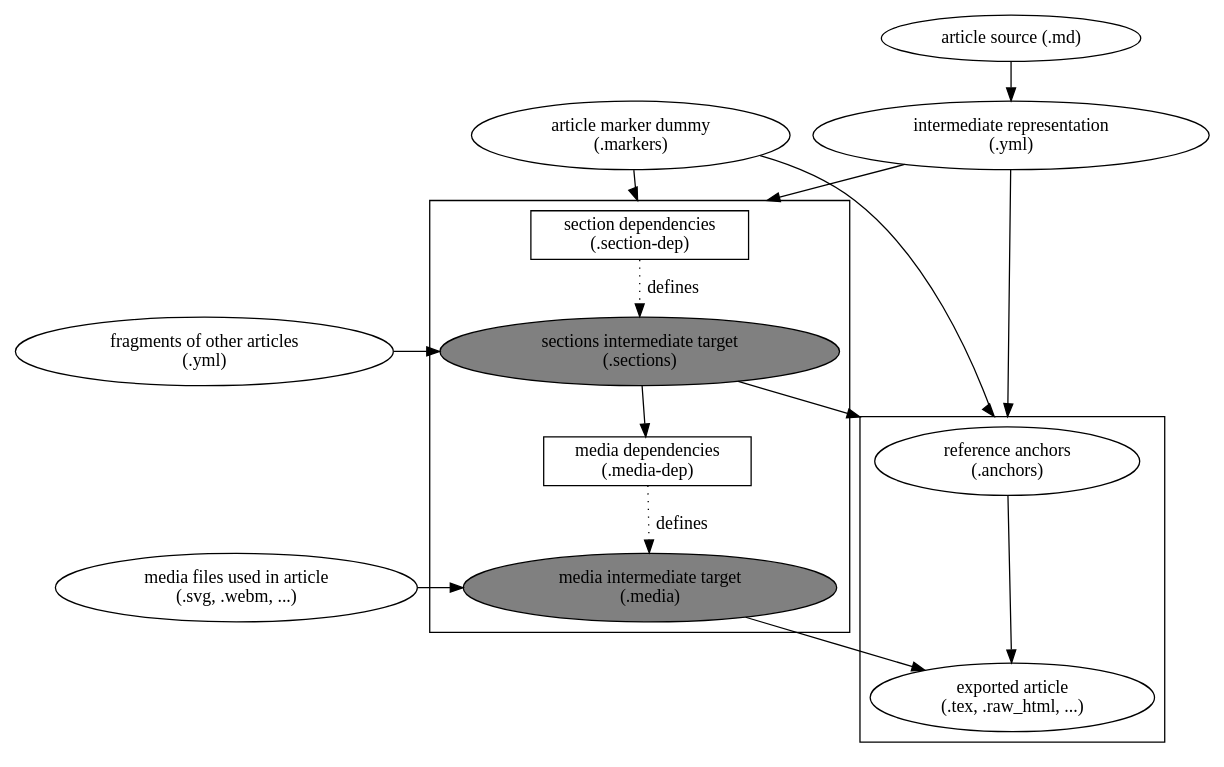
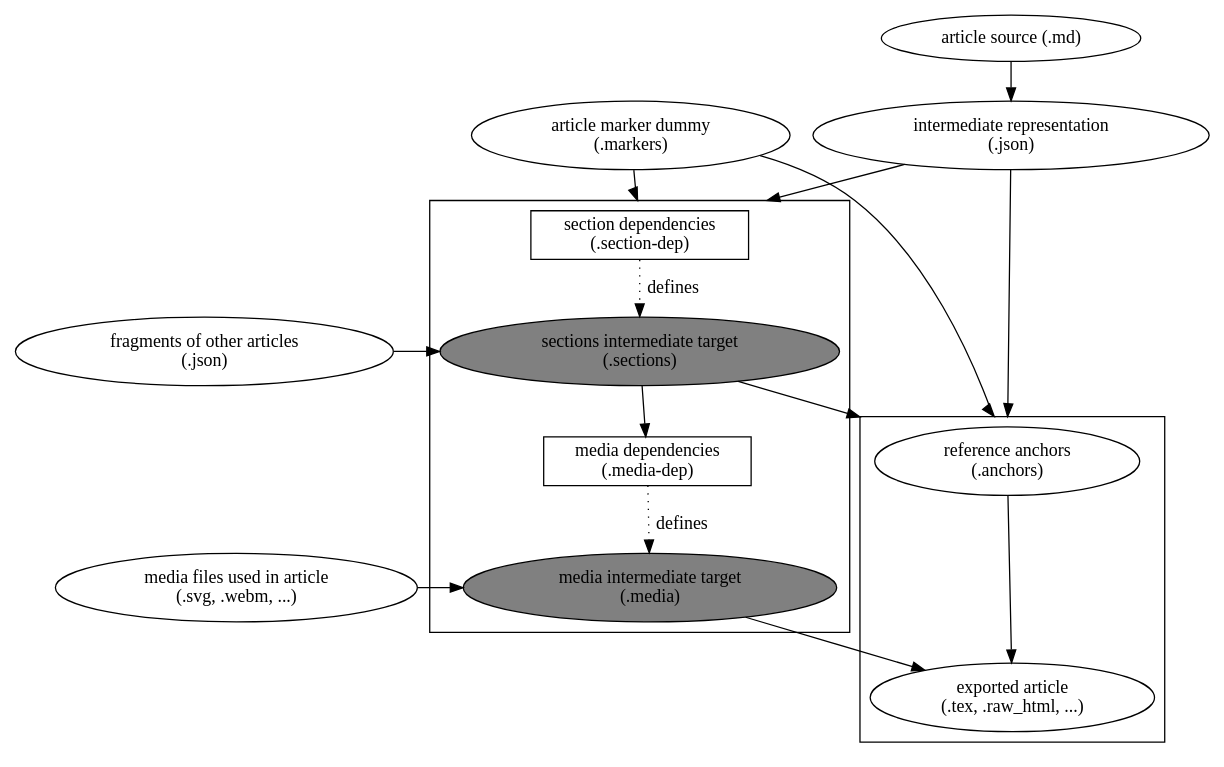
One commit to serlo/serlo-export changed the diagram in doc/dot/article_deps.dot. Above: the diagram before and after it, drawn with Graphviz. The commit also changed 4 other files, not shown here.

```diff
--- a/doc/dot/article_deps.dot
+++ b/doc/dot/article_deps.dot
@@ -1,42 +1,42 @@
 digraph article_dependencies {
     compound=true;
     // enable new ranking algorithm
     newrank=true;
     ranksep=.4;
     the_media [label="media files used in article\n(.svg, .webm, ...)"];
-    the_sections [label="fragments of other articles\n(.yml)"];
+    the_sections [label="fragments of other articles\n(.json)"];
     md [label="article source (.md)"];
-    yml [label="intermediate representation\n(.yml)"];
+    json [label="intermediate representation\n(.json)"];
     markers [label="article marker dummy\n(.markers)"]; 
 
 
     subgraph cluster_int { 
         sections [label="sections intermediate target\n(.sections)", fillcolor=grey, style=filled];
         section_dep [label="section dependencies\n(.section-dep)", shape=box];
         media [label="media intermediate target\n(.media)", fillcolor=grey, style=filled];
         media_dep [label="media dependencies\n(.media-dep)", shape=box];
 
         section_dep -> sections [label="defines", style=dotted];
         sections -> media_dep;
         media_dep -> media [label="defines", style=dotted];
     }
 
     subgraph cluster_build {
         anchors [label="reference anchors\n(.anchors)"];
         result [label="exported article\n(.tex, .raw_html, ...)"];
 
         anchors -> result;
         media -> result;
     }
 
     {rank=same; the_media -> media};
     {rank=same; the_sections -> sections};
 
-    md -> yml;
-    yml -> section_dep [lhead=cluster_int];
+    md -> json;
+    json -> section_dep [lhead=cluster_int];
     markers -> section_dep [lhead=cluster_int];
 
-    yml -> anchors [lhead=cluster_build];
+    json -> anchors [lhead=cluster_build];
     markers -> anchors [lhead=cluster_build];
     sections -> anchors [lhead=cluster_build];
 }
```
